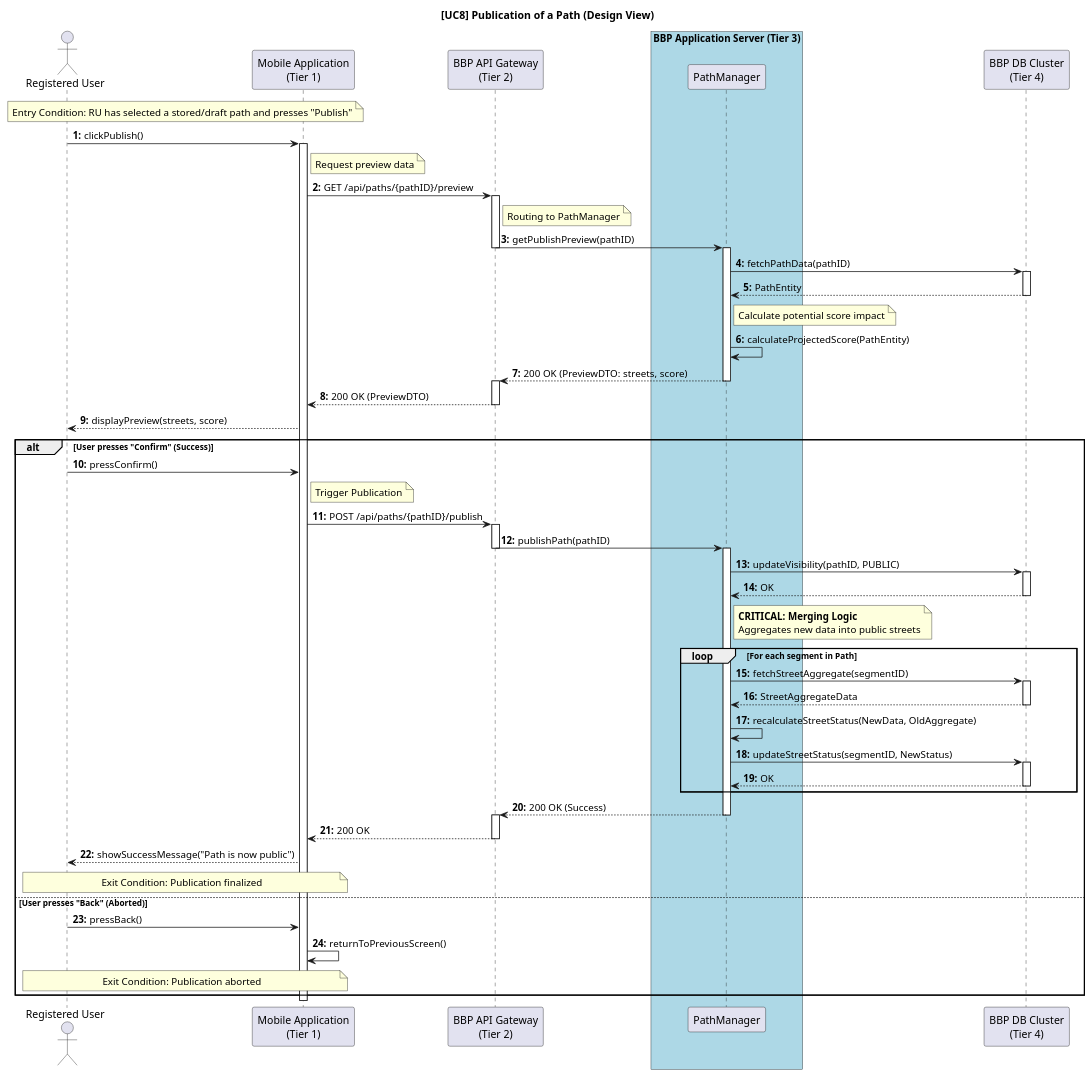
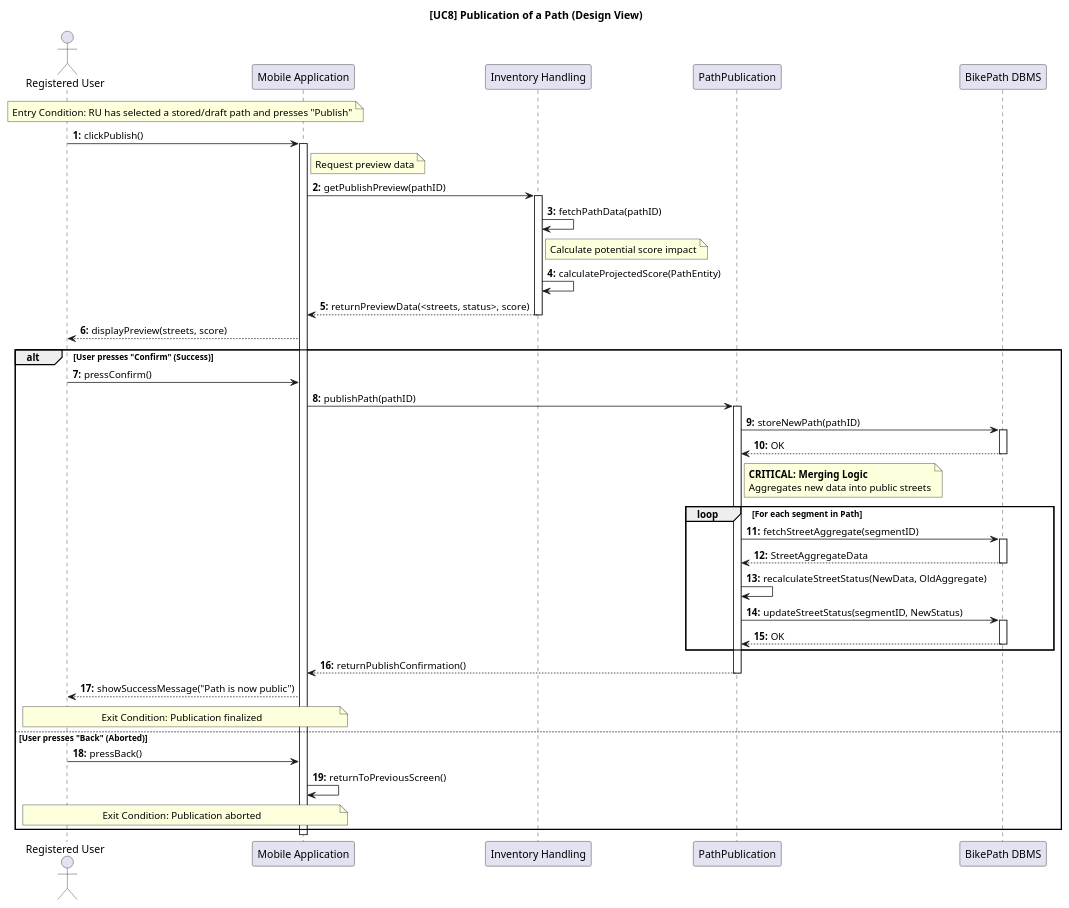
The diagram in DD/sequencediagrams/usecase8.puml (ilevinci/RubinoUvinsiVinciguerra), drawn with PlantUML before and after one commit. The commit also changed 8 other files, not shown here.

Commit message:
update sequence diagrams (use case->component)

```diff
--- a/DD/sequencediagrams/usecase8.puml
+++ b/DD/sequencediagrams/usecase8.puml
@@ -1,116 +1,93 @@
 @startuml UC8_PublicationPath_Design
 autonumber "<b>0:"
 title [UC8] Publication of a Path (Design View)
 
 ' =======================================================
 ' COMPONENT DEFINITION
 ' =======================================================
 actor "Registered User" as RU
-participant "Mobile Application\n(Tier 1)" as Client
+participant "Mobile Application" as Client
+participant "Inventory Handling" as IH
 
 ' Backend System
-participant "BBP API Gateway\n(Tier 2)" as GW
-box "BBP Application Server (Tier 3)" #LightBlue
-    ' PathManager gestisce la scrittura e la logica di business dei percorsi
-    participant "PathManager" as PM
-end box
-participant "BBP DB Cluster\n(Tier 4)" as DB
+participant "PathPublication" as PM
+participant "BikePath DBMS" as DB
 
 ' =======================================================
 ' ENTRY CONDITION
 ' =======================================================
 note over RU, Client: Entry Condition: RU has selected a stored/draft path and presses "Publish"
 
 ' =======================================================
 ' (a) PREVIEW GENERATION
 ' =======================================================
 RU -> Client: clickPublish()
 activate Client
 
 ' Il Client richiede i dati aggiornati per la preview (es. Score attuale)
 note right of Client: Request preview data
-Client -> GW: GET /api/paths/{pathID}/preview
-activate GW
-
-note right of GW: Routing to PathManager
-GW -> PM: getPublishPreview(pathID)
-deactivate GW
-activate PM
+Client -> IH: getPublishPreview(pathID)
+activate IH
 
 ' Recupero dati grezzi
-PM -> DB: fetchPathData(pathID)
-activate DB
-DB --> PM: PathEntity
-deactivate DB
+IH -> IH: fetchPathData(pathID)
 
 ' Calcolo preliminare dello score (Preview)
-note right of PM: Calculate potential score impact
-PM -> PM: calculateProjectedScore(PathEntity)
+note right of IH: Calculate potential score impact
+IH -> IH: calculateProjectedScore(PathEntity)
 
-PM --> GW: 200 OK (PreviewDTO: streets, score)
-deactivate PM
-activate GW
-GW --> Client: 200 OK (PreviewDTO)
-deactivate GW
-
+IH --> Client: returnPreviewData(<streets, status>, score)
+deactivate IH
 ' Visualizzazione
 Client --> RU: displayPreview(streets, score)
 
 ' =======================================================
 ' EXIT CONDITION: CONFIRM OR BACK
 ' =======================================================
 alt User presses "Confirm" (Success)
     RU -> Client: pressConfirm()
+
     
-    ' Richiesta di pubblicazione
-    note right of Client: Trigger Publication
-    Client -> GW: POST /api/paths/{pathID}/publish
-    activate GW
-    
-    GW -> PM: publishPath(pathID)
-    deactivate GW
+    Client -> PM: publishPath(pathID)
     activate PM
 
     ' 1. Aggiornamento Visibilità
-    PM -> DB: updateVisibility(pathID, PUBLIC)
+    PM -> DB: storeNewPath(pathID)
     activate DB
     DB --> PM: OK
     deactivate DB
 
     ' 2. ESECUZIONE MERGING LOGIC (Core Business Logic)
     note right of PM: **CRITICAL: Merging Logic**\nAggregates new data into public streets
     
     loop For each segment in Path
         PM -> DB: fetchStreetAggregate(segmentID)
         activate DB
         DB --> PM: StreetAggregateData
         deactivate DB
         
         PM -> PM: recalculateStreetStatus(NewData, OldAggregate)
         
         PM -> DB: updateStreetStatus(segmentID, NewStatus)
         activate DB
         DB --> PM: OK
         deactivate DB
     end loop
 
     ' Risposta Finale
-    PM --> GW: 200 OK (Success)
+    PM --> Client: returnPublishConfirmation()
     deactivate PM
-    activate GW
-    GW --> Client: 200 OK
-    deactivate GW
     
     Client --> RU: showSuccessMessage("Path is now public")
     note over RU, Client: Exit Condition: Publication finalized
 
 else User presses "Back" (Aborted)
     RU -> Client: pressBack()
     
     ' Nessuna interazione col server necessaria
     Client -> Client: returnToPreviousScreen()
     note over RU, Client: Exit Condition: Publication aborted
 end
 
 deactivate Client
 @enduml
```
